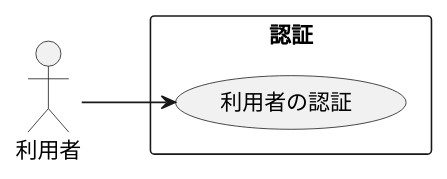
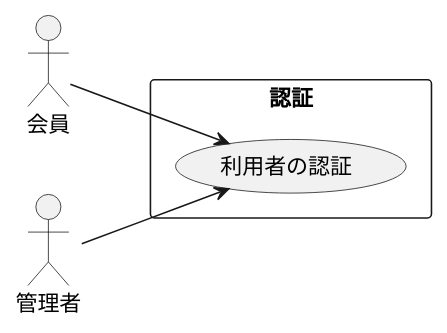
One commit to k2works/case-study-mrs changed diagram 18 of 19 in docs/index.adoc. Above: the diagram before and after it, drawn with PlantUML. The commit also changed other lines of this file and 21 other files, not shown here.

```diff
--- a/docs/index.adoc
+++ b/docs/index.adoc
@@ -585,11 +611,13 @@
 [plantuml]
 ----
 @startuml
 left to right direction
-actor "利用者" as user
+actor "会員" as member
+actor "管理者" as admin
 rectangle 認証 {
   usecase "利用者の認証" as UC1
 }
-user --> UC1
+member --> UC1
+admin --> UC1
 @enduml
 ----
```
